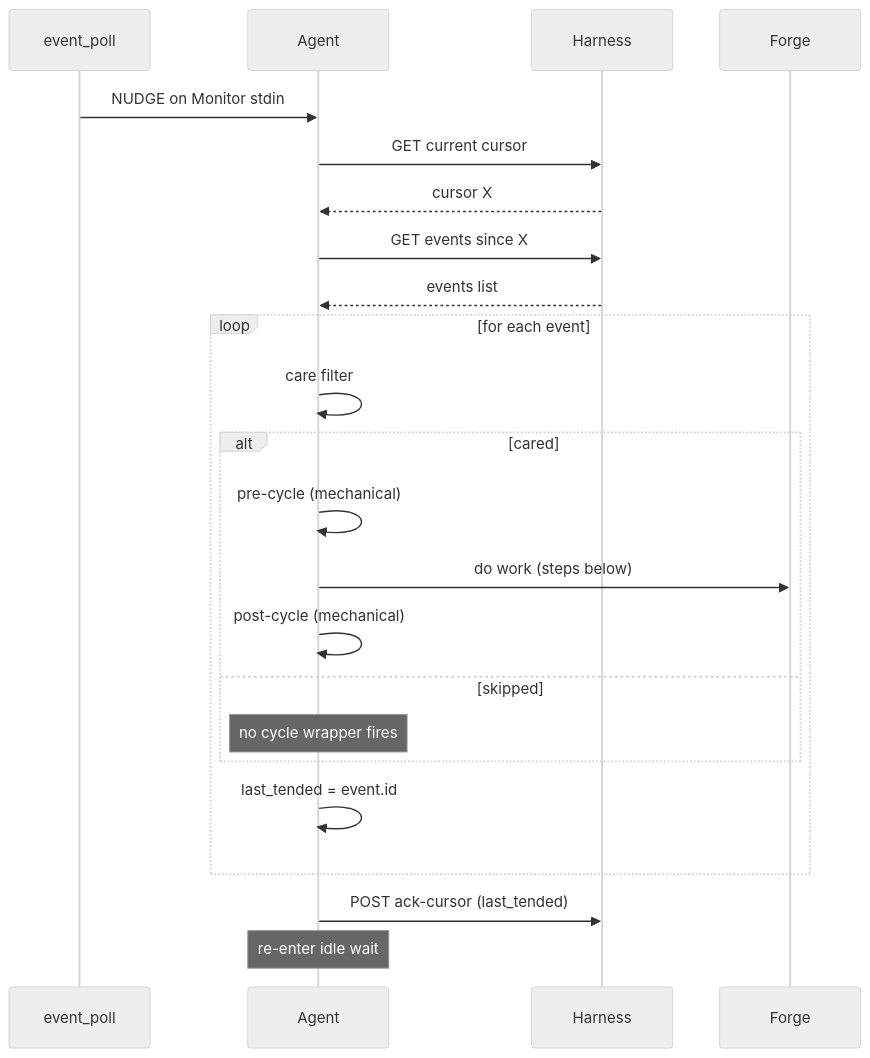
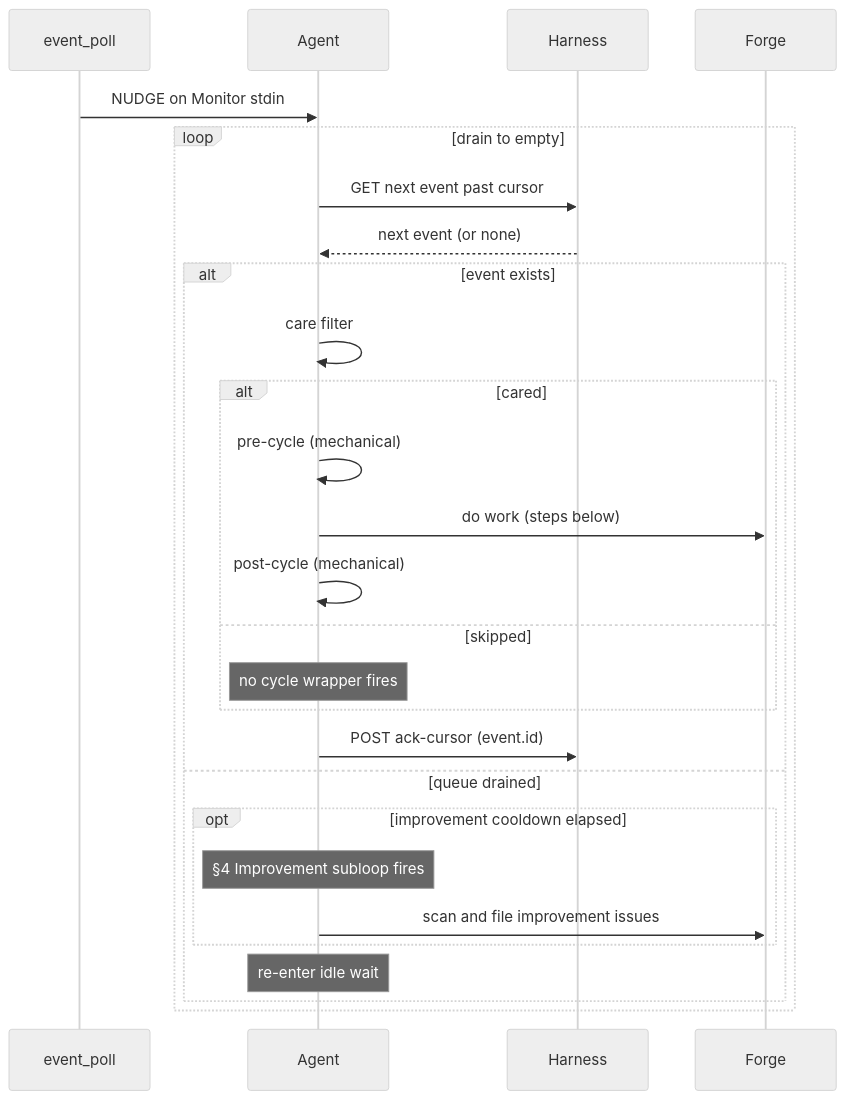
Before and after one commit to WallyDoodlez/SquidSquad: the third of 4 diagrams in .squidsquad/dm/CLAUDE.linked.md, drawn with Mermaid (neutral theme). The commit also changed other lines of this file and 8 other files, not shown here.

````diff
--- a/.squidsquad/dm/CLAUDE.linked.md
+++ b/.squidsquad/dm/CLAUDE.linked.md
@@ -272,25 +272,29 @@
 ```mermaid
 sequenceDiagram
     participant EP as event_poll
     participant A as Agent
     participant H as Harness
     participant F as Forge
     EP->>A: NUDGE on Monitor stdin
-    A->>H: GET current cursor
-    H-->>A: cursor X
-    A->>H: GET events since X
-    H-->>A: events list
-    loop for each event
-        A->>A: care filter
-        alt cared
-            A->>A: pre-cycle (mechanical)
-            A->>F: do work (steps below)
-            A->>A: post-cycle (mechanical)
-        else skipped
-            Note over A: no cycle wrapper fires
+    loop drain to empty
+        A->>H: GET next event past cursor
+        H-->>A: next event (or none)
+        alt event exists
+            A->>A: care filter
+            alt cared
+                A->>A: pre-cycle (mechanical)
+                A->>F: do work (steps below)
+                A->>A: post-cycle (mechanical)
+            else skipped
+                Note over A: no cycle wrapper fires
+            end
+            A->>H: POST ack-cursor (event.id)
+        else queue drained
+            opt improvement cooldown elapsed
+                Note over A: §4 Improvement subloop fires
+                A->>F: scan and file improvement issues
+            end
+            Note over A: re-enter idle wait
         end
-        A->>A: last_tended = event.id
     end
-    A->>H: POST ack-cursor (last_tended)
-    Note over A: re-enter idle wait
 ```
````
